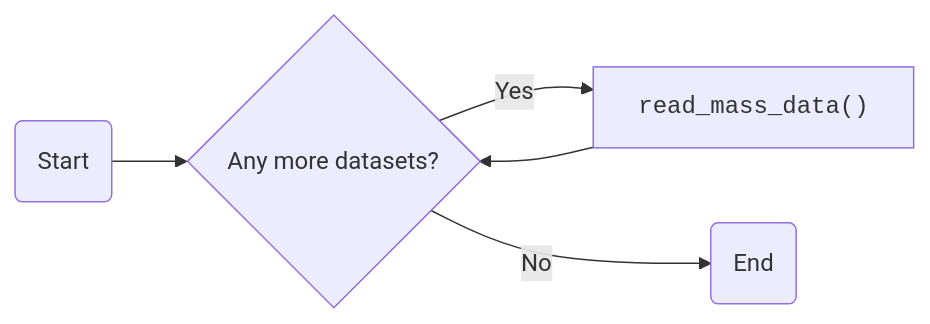
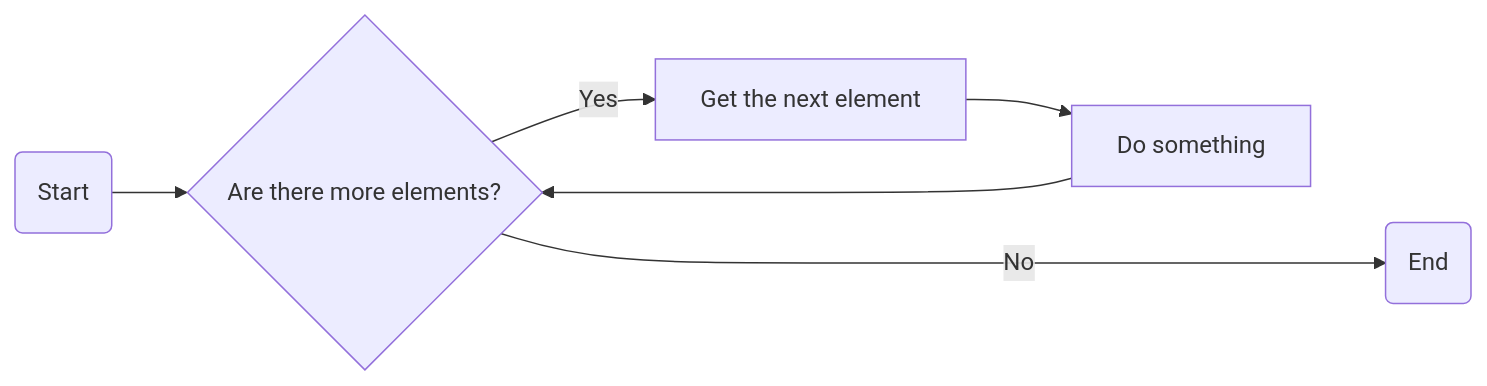
The third of 3 diagrams in chapters/week08/control-flow.qmd (ucdavisdatalab/adventures_in_data_science), drawn with Mermaid before and after one commit. The commit also changed other lines of this file, not shown here.

First line of the commit message:
Revise "Control Flow" chapter.

````diff
--- a/chapters/week08/control-flow.qmd
+++ b/chapters/week08/control-flow.qmd
@@ -629,9 +660,8 @@
 ```{mermaid}
 flowchart LR
-  start(Start) --> any_more{Any more datasets?}
-    any_more -- Yes --> read["read_mass_data()"]
-    read --> any_more
-    any_more -- No --> done(End)
-
-style read font-family:monospace
+  start(Start) --> condition{Are there more elements?}
+    condition -- Yes --> get_elt["Get the next element"]
+    get_elt --> body[Do something]
+    body --> condition
+    condition -- No ----> done(End)
 ```
````
